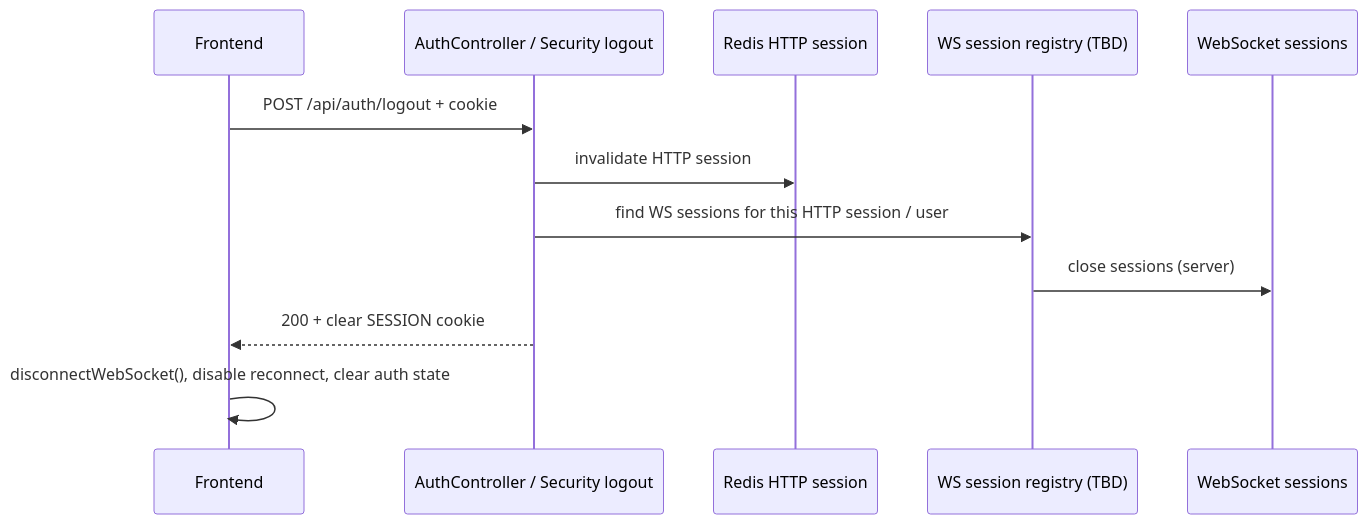
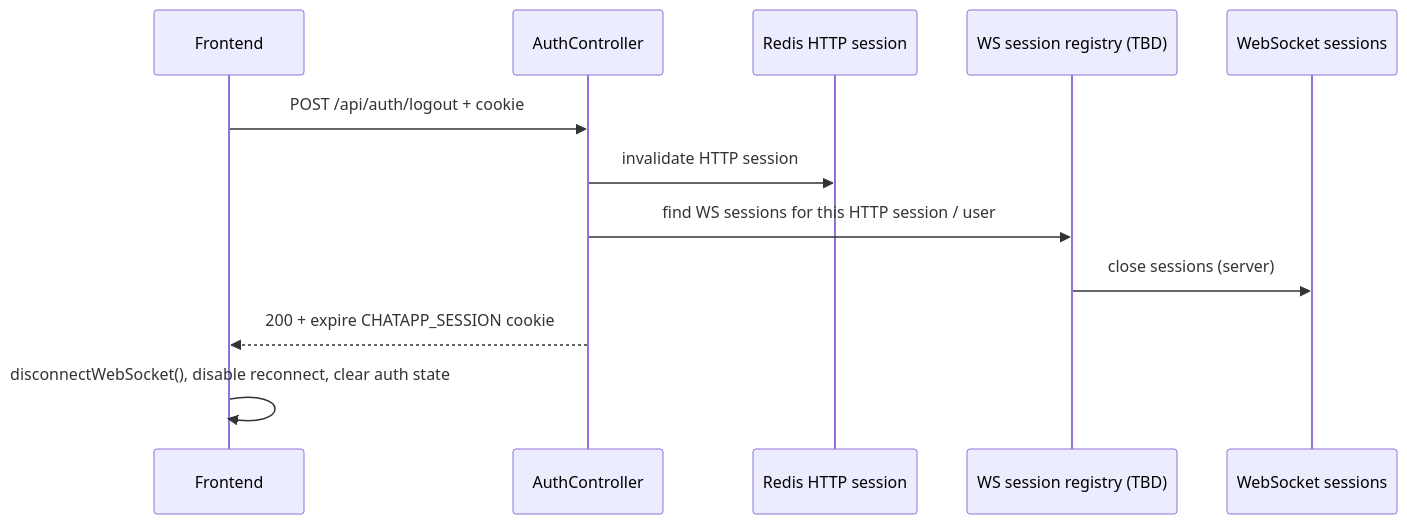
Before and after one commit to anhtuta/chat-app: the diagram in docs/18_LOGOUT_WEBSOCKET_SESSION_LIFECYCLE.md, drawn with Mermaid. The commit also changed other lines of this file and 6 other files, not shown here.

Commit message:
F-18 Rename session cookie name

````diff
--- a/docs/18_LOGOUT_WEBSOCKET_SESSION_LIFECYCLE.md
+++ b/docs/18_LOGOUT_WEBSOCKET_SESSION_LIFECYCLE.md
@@ -104,15 +103,15 @@
 ```mermaid
 sequenceDiagram
     participant FE as Frontend
-    participant Auth as AuthController / Security logout
+    participant Auth as AuthController
     participant Redis as Redis HTTP session
     participant Reg as WS session registry (TBD)
     participant WS as WebSocket sessions
 
     FE->>Auth: POST /api/auth/logout + cookie
     Auth->>Redis: invalidate HTTP session
     Auth->>Reg: find WS sessions for this HTTP session / user
     Reg->>WS: close sessions (server)
-    Auth-->>FE: 200 + clear SESSION cookie
+    Auth-->>FE: 200 + expire CHATAPP_SESSION cookie
     FE->>FE: disconnectWebSocket(), disable reconnect, clear auth state
 ```
````
